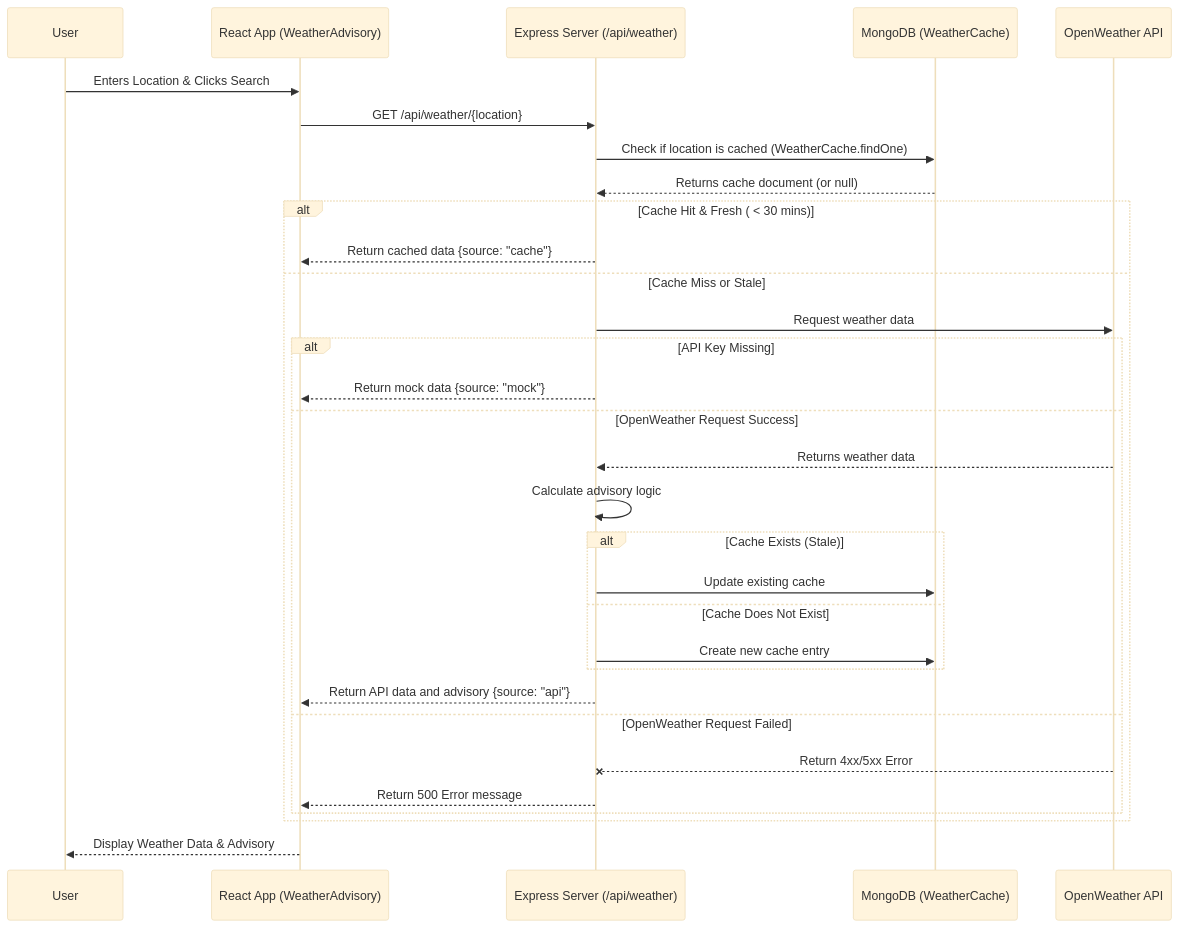
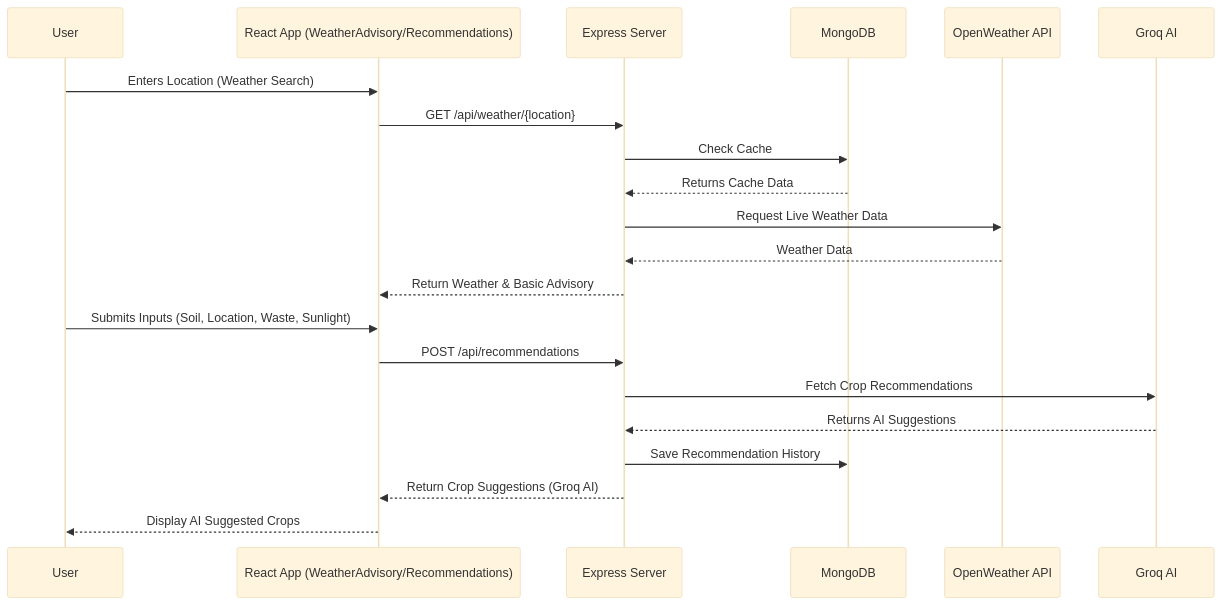
One commit to Kshithija1507/Agriwaste changed the first of 6 diagrams in WEATHER_ARCHITECTURE.md. Above: the diagram before and after it, drawn with Mermaid (base theme). The commit also changed other lines of this file, not shown here.

Commit message:
docs: added groq ai crop suggestions to architecture diagrams

````diff
--- a/WEATHER_ARCHITECTURE.md
+++ b/WEATHER_ARCHITECTURE.md
@@ -8,41 +8,26 @@
 ```mermaid
 sequenceDiagram
     participant User as User
-    participant Frontend as React App (WeatherAdvisory)
-    participant Backend as Express Server (/api/weather)
-    participant DB as MongoDB (WeatherCache)
+    participant Frontend as React App (WeatherAdvisory/Recommendations)
+    participant Backend as Express Server
+    participant DB as MongoDB
     participant OpenWeather as OpenWeather API
+    participant GroqAI as Groq AI
 
-    User->>Frontend: Enters Location & Clicks Search
+    User->>Frontend: Enters Location (Weather Search)
     Frontend->>Backend: GET /api/weather/{location}
+    Backend->>DB: Check Cache
+    DB-->>Backend: Returns Cache Data
     
-    Backend->>DB: Check if location is cached (WeatherCache.findOne)
-    DB-->>Backend: Returns cache document (or null)
-    
-    alt Cache Hit & Fresh ( < 30 mins)
-        Backend-->>Frontend: Return cached data {source: "cache"}
-    else Cache Miss or Stale
-        Backend->>OpenWeather: Request weather data
-        
-        alt API Key Missing
-            Backend-->>Frontend: Return mock data {source: "mock"}
-        else OpenWeather Request Success
-            OpenWeather-->>Backend: Returns weather data
-            
-            Backend->>Backend: Calculate advisory logic
-            
-            alt Cache Exists (Stale)
-                Backend->>DB: Update existing cache
-            else Cache Does Not Exist
-                Backend->>DB: Create new cache entry
-            end
-            
-            Backend-->>Frontend: Return API data and advisory {source: "api"}
-        else OpenWeather Request Failed
-            OpenWeather--xBackend: Return 4xx/5xx Error
-            Backend-->>Frontend: Return 500 Error message
-        end
-    end
-    
-    Frontend-->>User: Display Weather Data & Advisory
+    Backend->>OpenWeather: Request Live Weather Data
+    OpenWeather-->>Backend: Weather Data
+    Backend-->>Frontend: Return Weather & Basic Advisory
+
+    User->>Frontend: Submits Inputs (Soil, Location, Waste, Sunlight)
+    Frontend->>Backend: POST /api/recommendations
+    Backend->>GroqAI: Fetch Crop Recommendations
+    GroqAI-->>Backend: Returns AI Suggestions
+    Backend->>DB: Save Recommendation History
+    Backend-->>Frontend: Return Crop Suggestions (Groq AI)
+    Frontend-->>User: Display AI Suggested Crops
 ```
````
